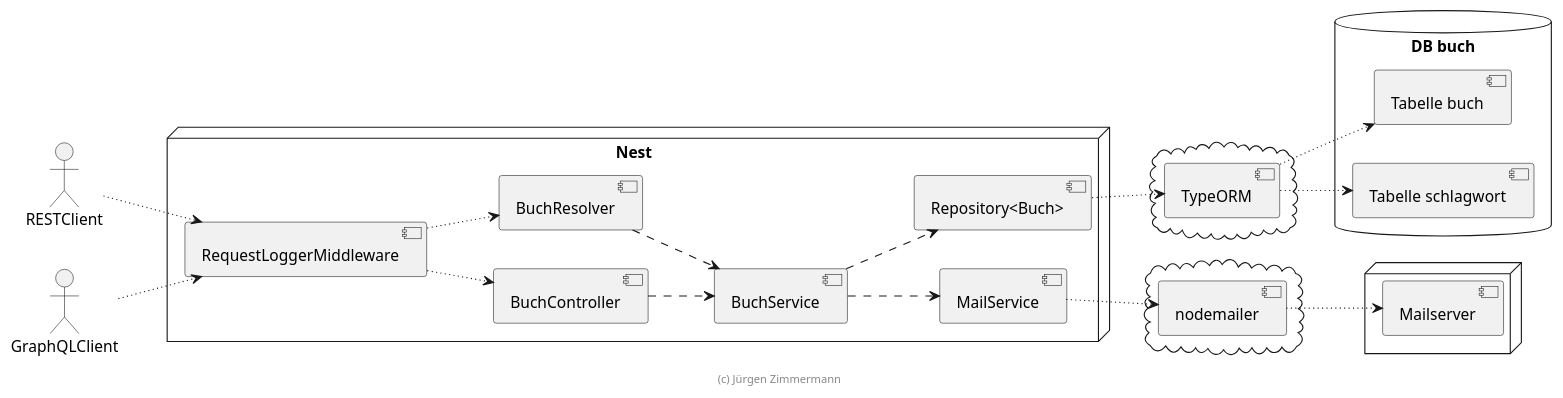
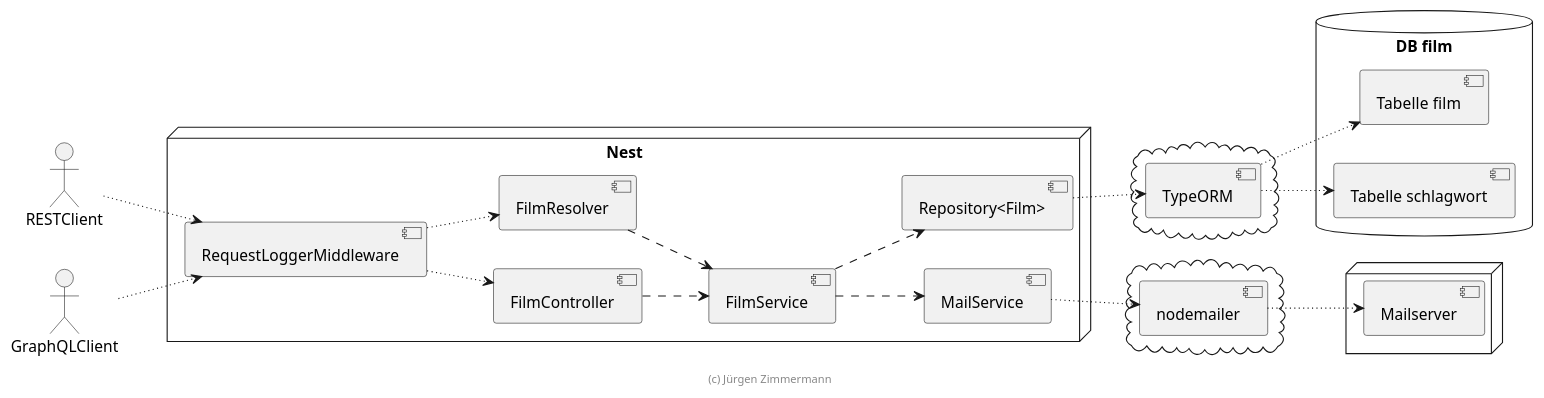
One commit to Yuszi/Film changed the diagram in .extras/doc/entwicklerhandbuch/komponenten.plantuml. Above: the diagram before and after it, drawn with PlantUML. The commit also changed 58 other files, not shown here.

```diff
--- a/.extras/doc/entwicklerhandbuch/komponenten.plantuml
+++ b/.extras/doc/entwicklerhandbuch/komponenten.plantuml
@@ -18,59 +18,59 @@
 @startuml Komponenten
 
 left to right direction
 
 actor RESTClient
 actor GraphQLClient
 
 node "Nest" {
   [RequestLoggerMiddleware]
 
-  [BuchController]
-  [BuchResolver]
+  [FilmController]
+  [FilmResolver]
 
-  [BuchService]
+  [FilmService]
 
-  [Repository<Buch>]
+  [Repository<Film>]
 
   [MailService]
 }
 
 
 cloud {
     [TypeORM]
 }
 
 cloud {
     [nodemailer]
 }
 
-database "DB buch" {
-    [Tabelle buch]
+database "DB film" {
+    [Tabelle film]
     [Tabelle schlagwort]
 }
 
 node {
     [Mailserver]
 }
 
 RESTClient ~~> [RequestLoggerMiddleware]
 GraphQLClient ~~> [RequestLoggerMiddleware]
 
-[RequestLoggerMiddleware] ~~> [BuchController]
-[RequestLoggerMiddleware] ~~> [BuchResolver]
+[RequestLoggerMiddleware] ~~> [FilmController]
+[RequestLoggerMiddleware] ~~> [FilmResolver]
 
-[BuchController] ..> [BuchService]
-[BuchResolver] ..> [BuchService]
-[BuchService] ..> [Repository<Buch>]
+[FilmController] ..> [FilmService]
+[FilmResolver] ..> [FilmService]
+[FilmService] ..> [Repository<Film>]
 
-[Repository<Buch>] ~~> [TypeORM]
-[TypeORM] ~~> [Tabelle buch]
+[Repository<Film>] ~~> [TypeORM]
+[TypeORM] ~~> [Tabelle film]
 [TypeORM] ~~> [Tabelle schlagwort]
 
-[BuchService] ..> [MailService]
+[FilmService] ..> [MailService]
 [MailService] ~~> [nodemailer]
 [nodemailer] ~~> [Mailserver]
 
 footer (c) Jürgen Zimmermann
 
 @enduml
```
